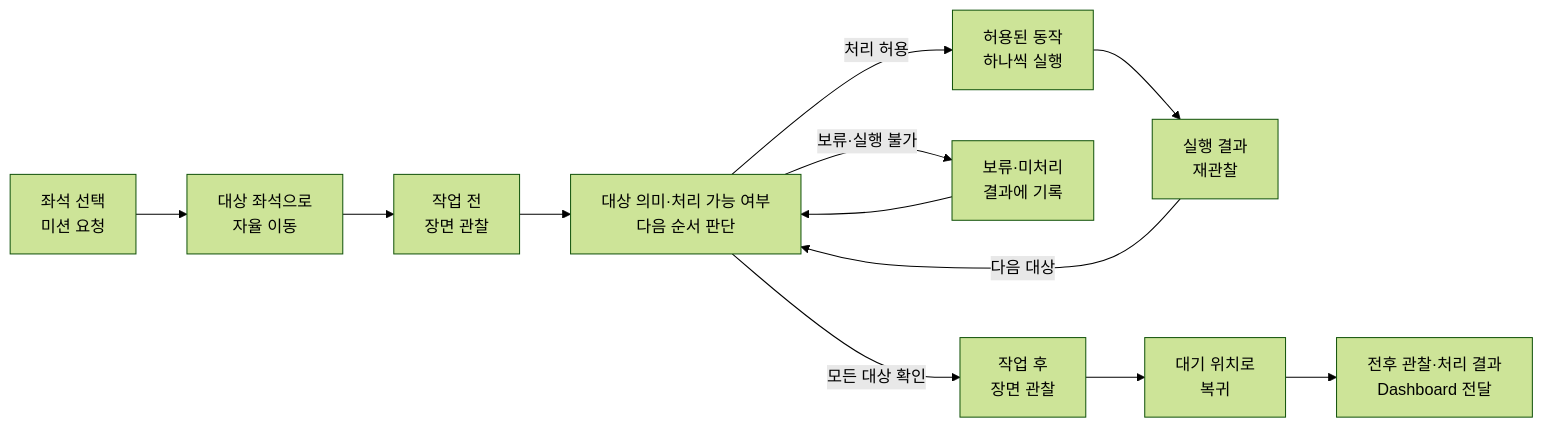
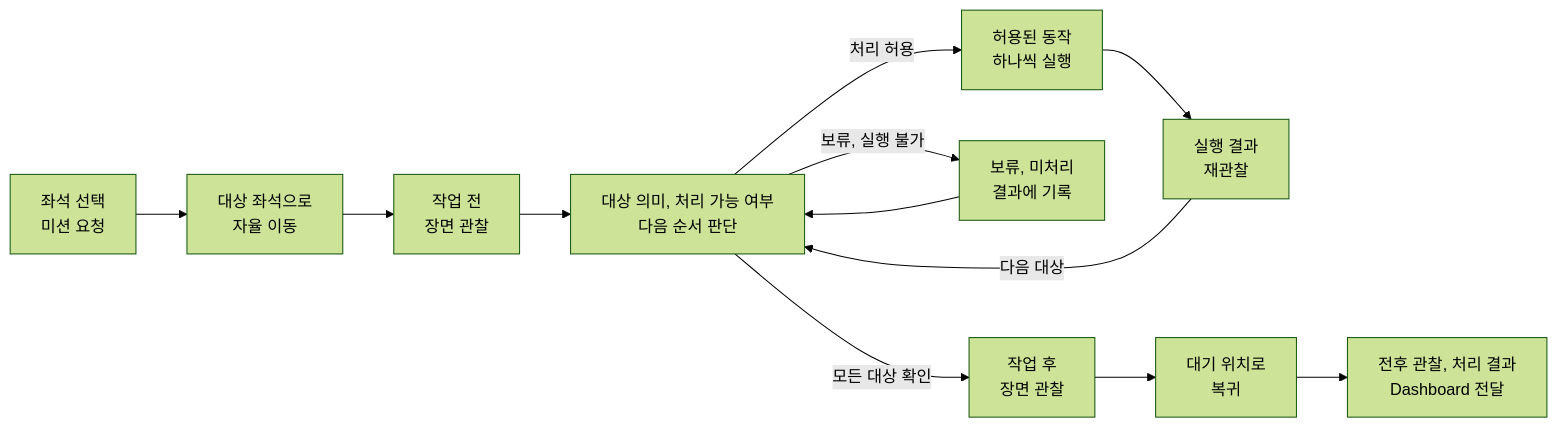
Before and after one commit to asm17-moving-agent/cleany-docs: the diagram in 10_PLANNING/02 - Target Scenario.md, drawn with Mermaid (forest theme). The commit also changed other lines of this file and 53 other files, not shown here.

````diff
--- a/10_PLANNING/02 - Target Scenario.md
+++ b/10_PLANNING/02 - Target Scenario.md
@@ -18,19 +11,19 @@
 ```mermaid
 flowchart LR
     request["좌석 선택<br/>미션 요청"]
     navigate["대상 좌석으로<br/>자율 이동"]
     before["작업 전<br/>장면 관찰"]
-    decide["대상 의미·처리 가능 여부<br/>다음 순서 판단"]
+    decide["대상 의미, 처리 가능 여부<br/>다음 순서 판단"]
     execute["허용된 동작<br/>하나씩 실행"]
     verify["실행 결과<br/>재관찰"]
-    record["보류·미처리<br/>결과에 기록"]
+    record["보류, 미처리<br/>결과에 기록"]
     after["작업 후<br/>장면 관찰"]
     home["대기 위치로<br/>복귀"]
-    report["전후 관찰·처리 결과<br/>Dashboard 전달"]
+    report["전후 관찰, 처리 결과<br/>Dashboard 전달"]
 
     request --> navigate --> before --> decide
     decide -->|처리 허용| execute --> verify
     verify -->|다음 대상| decide
-    decide -->|보류·실행 불가| record --> decide
+    decide -->|보류, 실행 불가| record --> decide
     decide -->|모든 대상 확인| after --> home --> report
 ```
````
